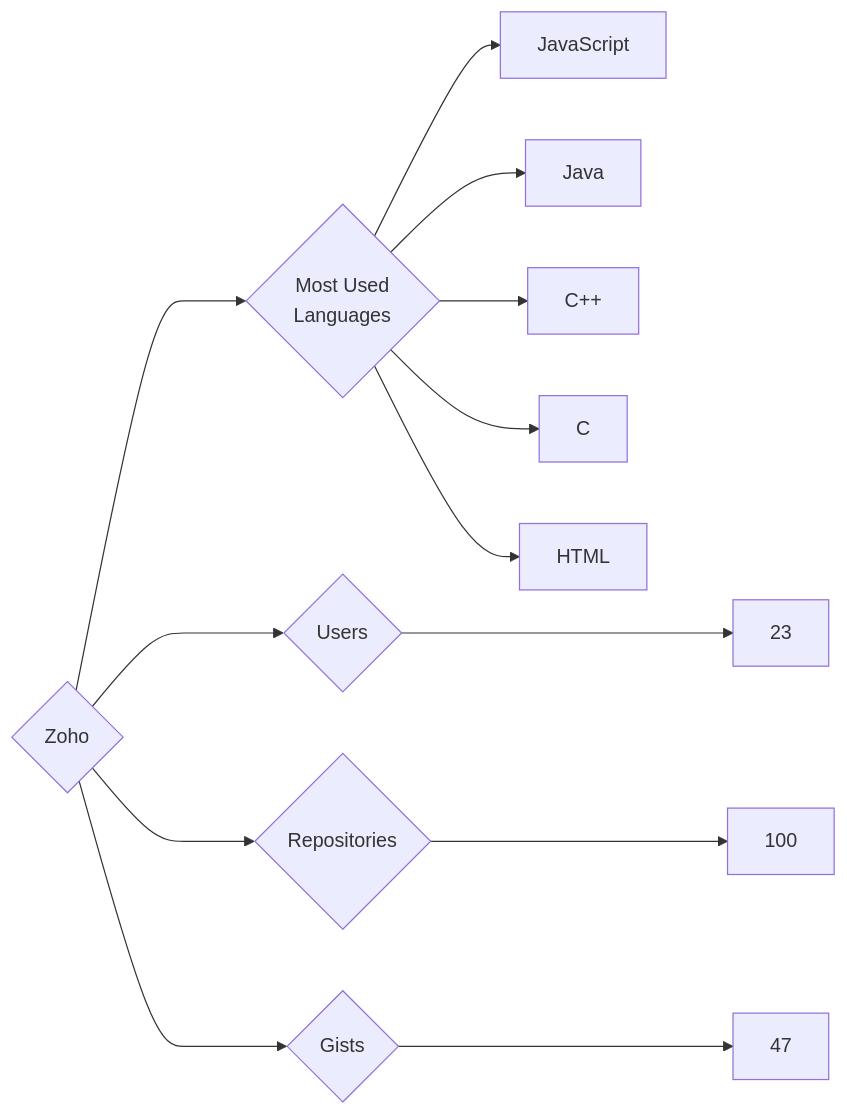
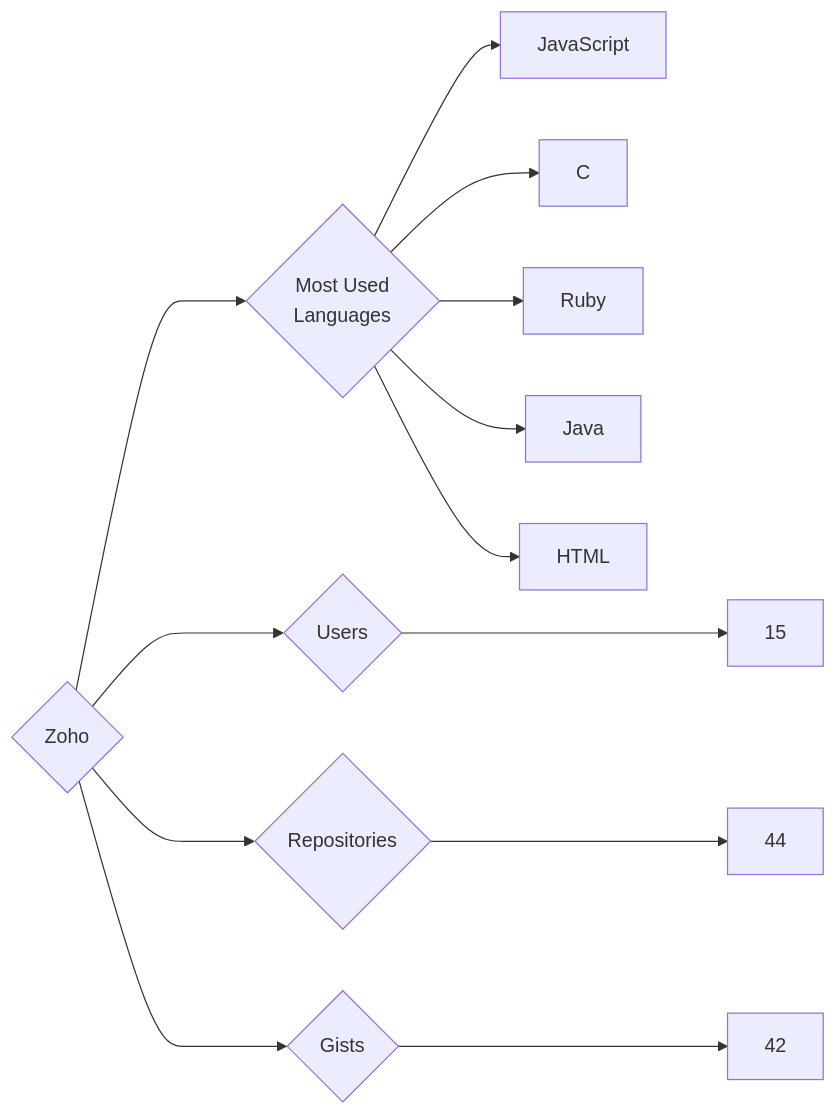
The diagram in targets/Zoho/README.md (trickest/insiders), drawn with Mermaid before and after one commit. The commit also changed 839 other files, not shown here.

````diff
--- a/targets/Zoho/README.md
+++ b/targets/Zoho/README.md
@@ -3,13 +3,13 @@
 ```mermaid
 graph LR
 COMPANY_NAME{Zoho}
-COMPANY_NAME ---> U{Users} ---> UN[23]
-COMPANY_NAME ---> R{Repositories} ---> RN[100]
-COMPANY_NAME ---> G{Gists} ---> GN[47]
+COMPANY_NAME ---> U{Users} ---> UN[15]
+COMPANY_NAME ---> R{Repositories} ---> RN[44]
+COMPANY_NAME ---> G{Gists} ---> GN[42]
 COMPANY_NAME ---> ML{Most Used<br>Languages}
 ML --> JavaScript[JavaScript]
+ML --> C[C]
+ML --> Ruby[Ruby]
 ML --> Java[Java]
-ML --> C++[C++]
-ML --> C[C]
 ML --> HTML[HTML]
 ```
````
